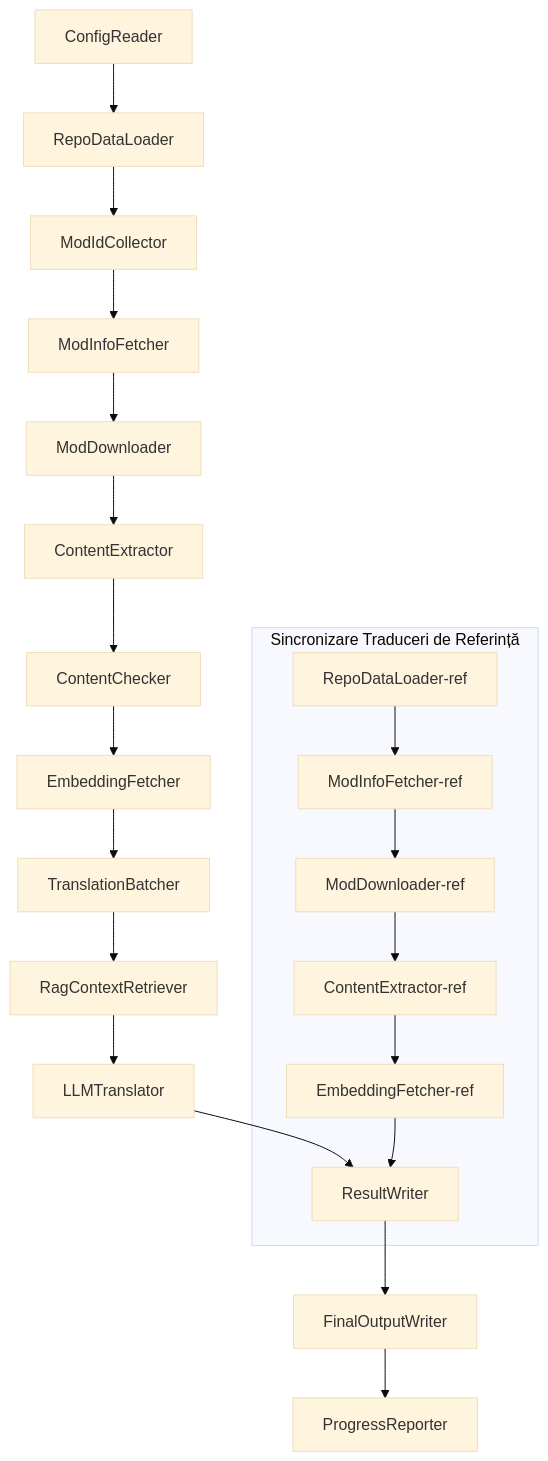
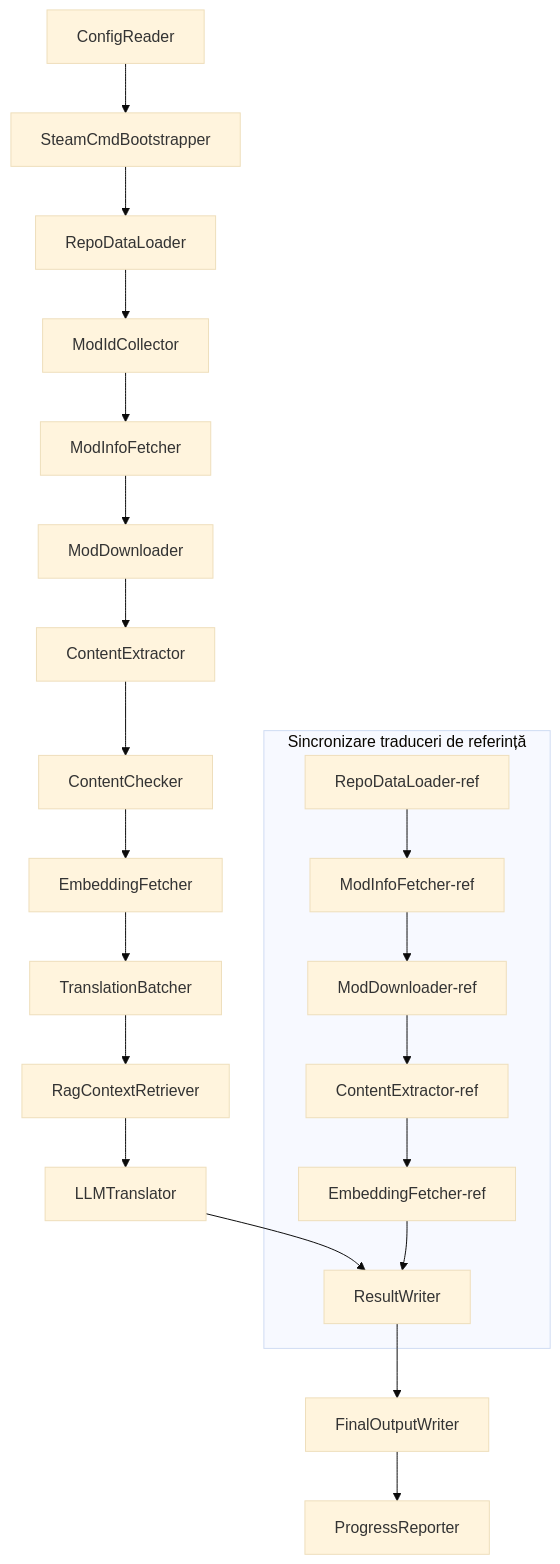
Before and after one commit to PZProjectBabel/project_babel: the diagram in docs/technical_reference/technical_reference_ro.md, drawn with Mermaid (base theme). The commit also changed other lines of this file and 79 other files, not shown here.

````diff
--- a/docs/technical_reference/technical_reference_ro.md
+++ b/docs/technical_reference/technical_reference_ro.md
@@ -96,24 +125,25 @@
 ```mermaid
 flowchart TD
-    A[ConfigReader] --> B[RepoDataLoader]
-    B --> C[ModIdCollector]
-    C --> D[ModInfoFetcher]
-    D --> E[ModDownloader]
-    E --> F[ContentExtractor]
-    F --> G[ContentChecker]
-    G --> H[EmbeddingFetcher]
-    H --> I[TranslationBatcher]
-    I --> J[RagContextRetriever]
-    J --> K[LLMTranslator]
-    K --> L[ResultWriter]
-    L --> M[FinalOutputWriter]
-    M --> N[ProgressReporter]
+  A[ConfigReader] --> B[SteamCmdBootstrapper]
+  B --> C[RepoDataLoader]
+  C --> D[ModIdCollector]
+  D --> E[ModInfoFetcher]
+  E --> F[ModDownloader]
+  F --> G[ContentExtractor]
+  G --> H[ContentChecker]
+  H --> I[EmbeddingFetcher]
+  I --> J[TranslationBatcher]
+  J --> K[RagContextRetriever]
+  K --> L[LLMTranslator]
+  L --> M[ResultWriter]
+  M --> N[FinalOutputWriter]
+  N --> O[ProgressReporter]
 
-    subgraph Sincronizare Traduceri de Referință
-        B2[RepoDataLoader-ref] --> D2[ModInfoFetcher-ref]
-        D2 --> E2[ModDownloader-ref]
-        E2 --> F2[ContentExtractor-ref]
-        F2 --> H2[EmbeddingFetcher-ref]
-        H2 --> L
-    end
+subgraph Sincronizare traduceri de referință
+C2[RepoDataLoader-ref] --> E2[ModInfoFetcher-ref]
+E2 --> F2[ModDownloader-ref]
+F2 --> G2[ContentExtractor-ref]
+G2 --> I2[EmbeddingFetcher-ref]
+I2 --> M
+end
 ```
````
